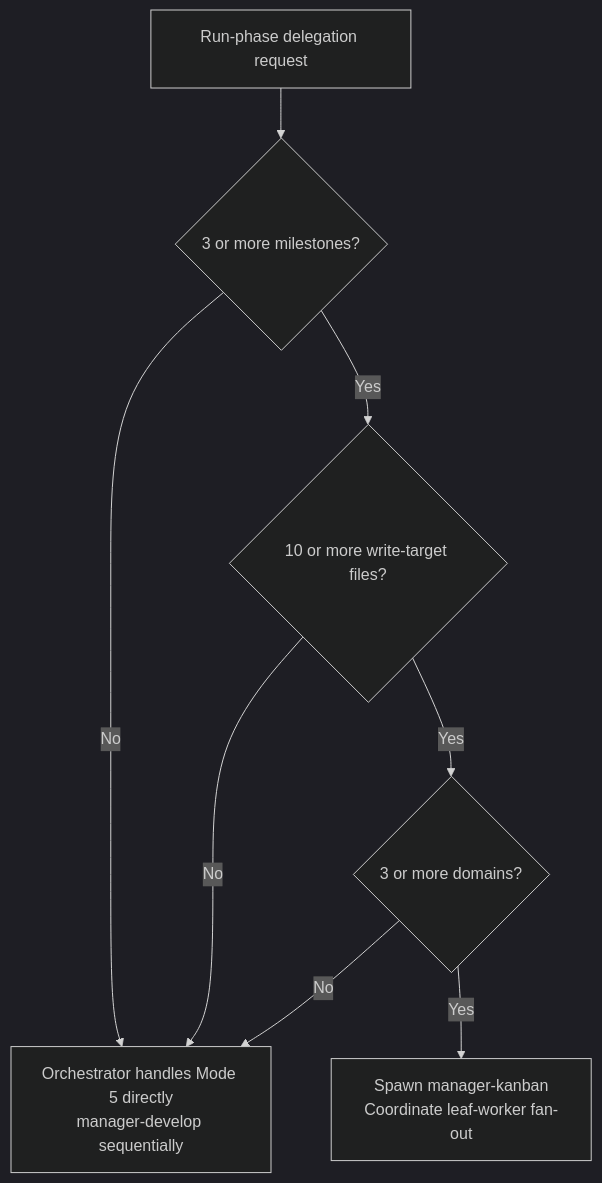
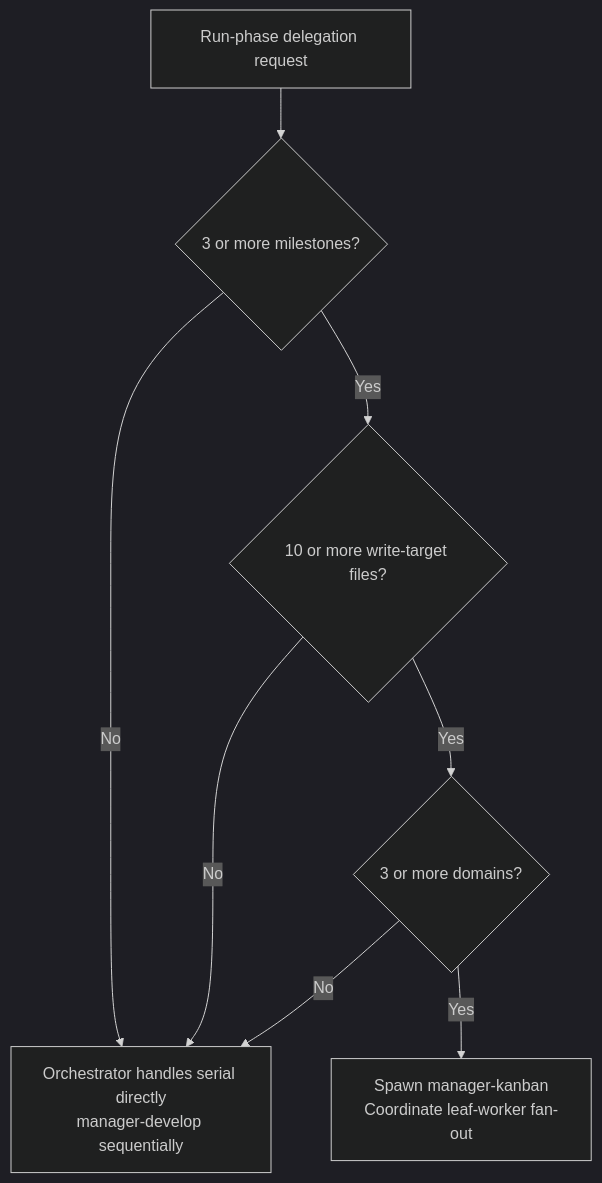
One commit to modu-ai/moai-adk changed the second of 5 diagrams in docs-site/content/en/advanced/agent-guide.md. Above: the diagram before and after it, drawn with Mermaid (dark theme). The commit also changed other lines of this file and 80 other files, not shown here.

````diff
--- a/docs-site/content/en/advanced/agent-guide.md
+++ b/docs-site/content/en/advanced/agent-guide.md
@@ -144,10 +144,10 @@
 ```mermaid
 flowchart TD
     START["Run-phase delegation request"] --> Q1{"3 or more milestones?"}
-    Q1 -->|"No"| MODE5["Orchestrator handles Mode 5 directly<br>manager-develop sequentially"]
+    Q1 -->|"No"| MODE5["Orchestrator handles serial directly<br>manager-develop sequentially"]
     Q1 -->|"Yes"| Q2{"10 or more write-target files?"}
     Q2 -->|"No"| MODE5
     Q2 -->|"Yes"| Q3{"3 or more domains?"}
     Q3 -->|"No"| MODE5
     Q3 -->|"Yes"| LEAD["Spawn manager-kanban<br>Coordinate leaf-worker fan-out"]
 ```
````
